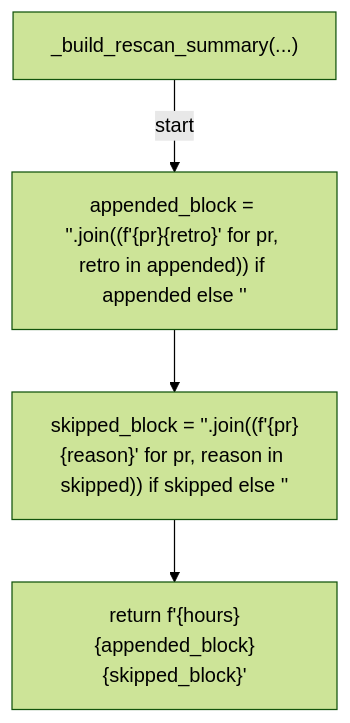
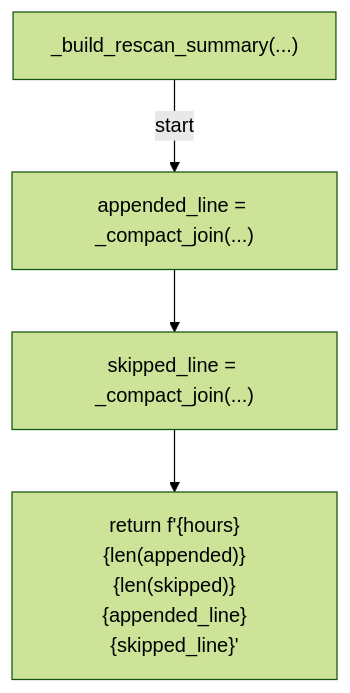
One commit to tvna/claude-md changed diagram 41 of 52 in docs/generated/scripts/ast/auto_retro.md. Above: the diagram before and after it, drawn with Mermaid (forest theme). The commit also changed other lines of this file and 1 other file, not shown here.

First line of the commit message:
docs(generated): regenerate decision tree and workflow diagrams

````diff
--- a/docs/generated/scripts/ast/auto_retro.md
+++ b/docs/generated/scripts/ast/auto_retro.md
@@ -927,10 +951,10 @@
 ```mermaid
 flowchart TD
     N001["_build_rescan_summary(...)"]
-    N002["appended_block = '<str>'.join((f'<str>{pr}<str>{retro}' for pr, retro in appended)) if appended else '<str>'"]
-    N003["skipped_block = '<str>'.join((f'<str>{pr}<str>{reason}' for pr, reason in skipped)) if skipped else '<str>'"]
-    N004["return f'<str>{hours}<str>{appended_block}<str>{skipped_block}<str>'"]
+    N002["appended_line = _compact_join(...)"]
+    N003["skipped_line = _compact_join(...)"]
+    N004["return f'<str>{hours}<str>{len(appended)}<str>{len(skipped)}<str>{appended_line}<str>{skipped_line}<str>'"]
     N001 -->|"start"| N002
     N002 --> N003
     N003 --> N004
 ```
````
